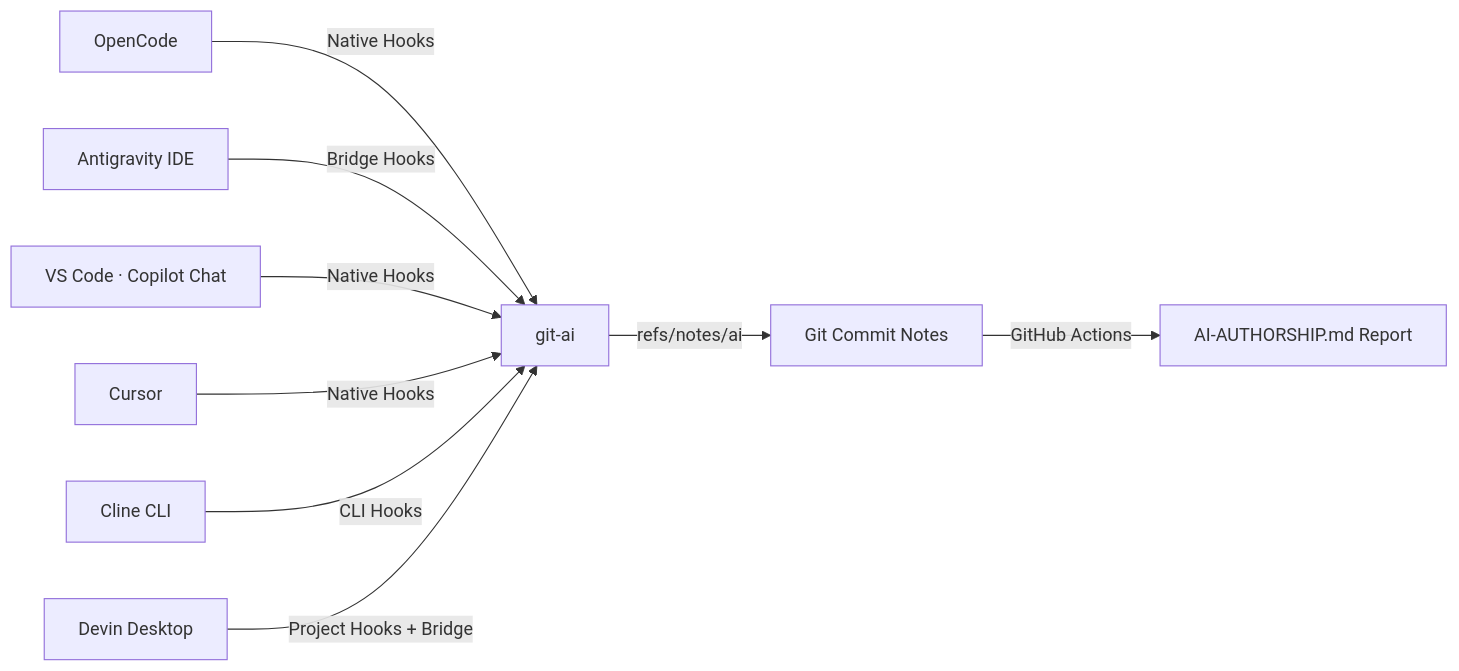
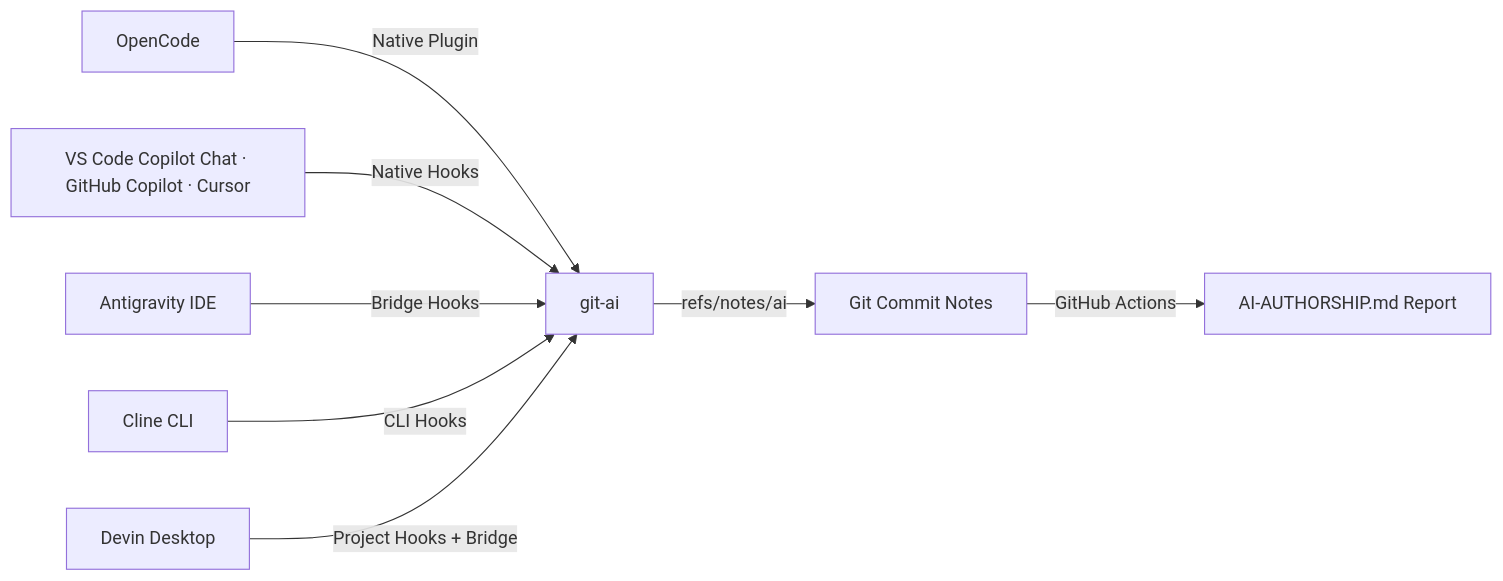
The diagram in README.md (CaliMark/ai-authorship), drawn with Mermaid before and after one commit. The commit also changed other lines of this file, not shown here.

Commit message:
docs: bundle native agents into one Quick Start section, trim duplicate notes and requirements

````diff
--- a/README.md
+++ b/README.md
@@ -55,11 +53,10 @@
 ```mermaid
 graph LR
-    A[OpenCode] -->|Native Hooks| C[git-ai]
+    A[OpenCode] -->|Native Plugin| C[git-ai]
+    D[VS Code Copilot Chat · GitHub Copilot · Cursor] -->|Native Hooks| C
     B[Antigravity IDE] -->|Bridge Hooks| C
-    D[VS Code · Copilot Chat] -->|Native Hooks| C
-    G[Cursor] -->|Native Hooks| C
     H[Cline CLI] -->|CLI Hooks| C
     I[Devin Desktop] -->|Project Hooks + Bridge| C
     C -->|refs/notes/ai| E[Git Commit Notes]
     E -->|GitHub Actions| F[AI-AUTHORSHIP.md Report]
 ```
````
